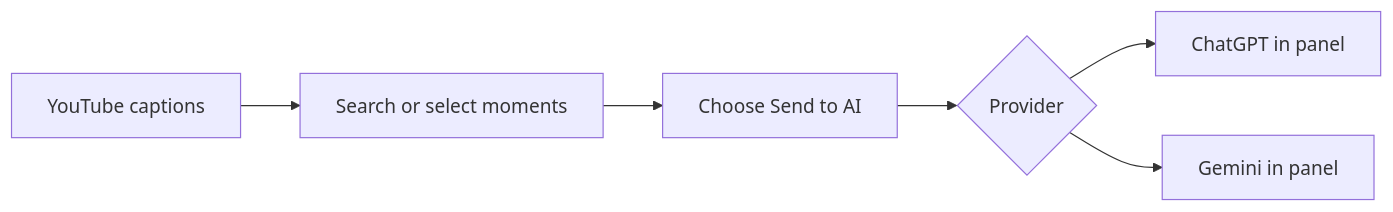
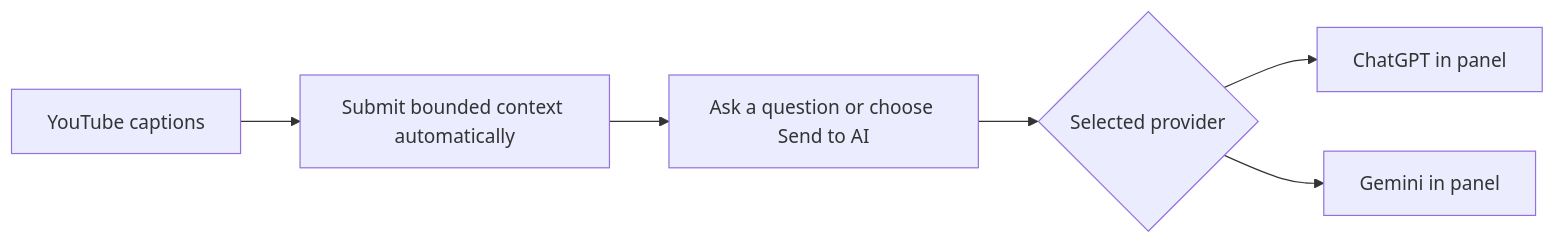
Before and after one commit to blixvip/watch-better: the diagram in README.md, drawn with Mermaid. The commit also changed other lines of this file and 90 other files, not shown here.

````diff
--- a/README.md
+++ b/README.md
@@ -106,8 +114,8 @@
 ```mermaid
 flowchart LR
-    A[YouTube captions] --> B[Search or select moments]
-    B --> C[Choose Send to AI]
-    C --> D{Provider}
+    A[YouTube captions] --> B[Submit bounded context automatically]
+    B --> C[Ask a question or choose Send to AI]
+    C --> D{Selected provider}
     D --> E[ChatGPT in panel]
     D --> F[Gemini in panel]
 ```
````
